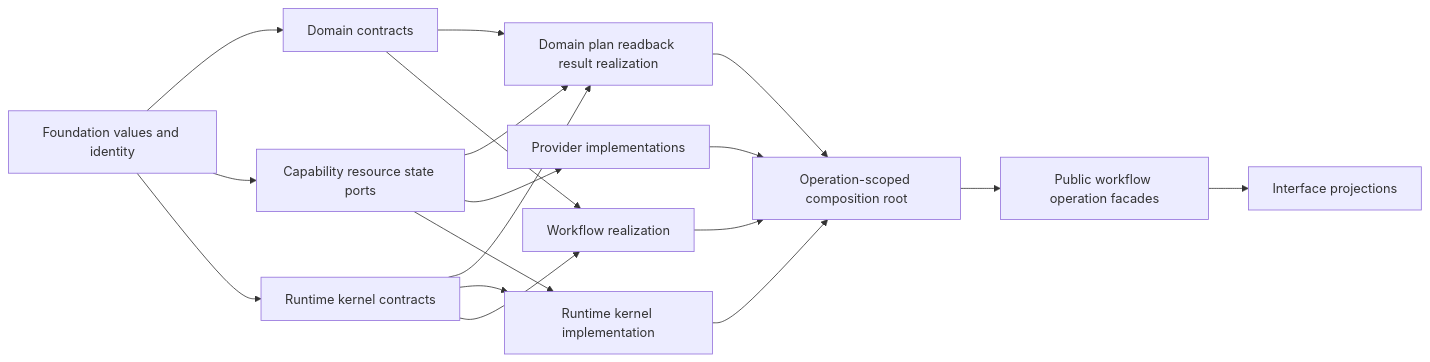
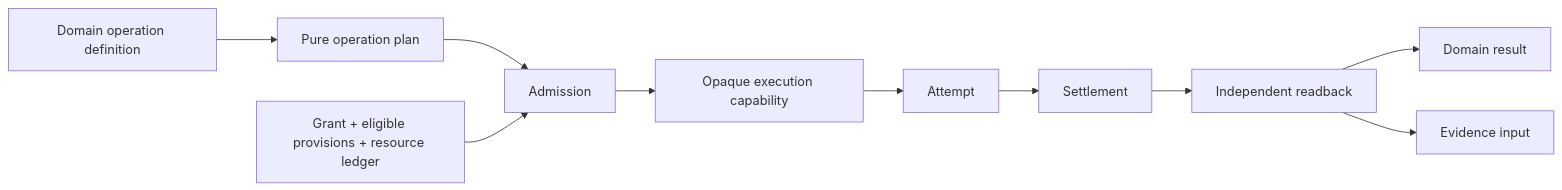
The first of 3 diagrams in docs/implementation-architecture/execution-and-materialization.md (sec-platform/sec), drawn with Mermaid before and after one commit. The commit also changed other lines of this file and 37 other files, not shown here.

````diff
--- a/docs/implementation-architecture/execution-and-materialization.md
+++ b/docs/implementation-architecture/execution-and-materialization.md
@@ -257,20 +13,12 @@
 ```mermaid
 flowchart LR
-  F[Foundation values and identity] --> DC[Domain contracts]
-  F --> CP[Capability resource state ports]
-  F --> KC[Runtime kernel contracts]
-  DC --> DR[Domain plan readback result realization]
-  CP --> DR
-  KC --> DR
-  CP --> PI[Provider implementations]
-  KC --> KI[Runtime kernel implementation]
-  CP --> KI
-  DC --> WF[Workflow realization]
-  KC --> WF
-  DR --> CR[Operation-scoped composition root]
-  PI --> CR
-  KI --> CR
-  WF --> CR
-  CR --> IF[Public workflow operation facades]
-  IF --> UI[Interface projections]
+  D[Domain operation definition] --> P[Pure operation plan]
+  P --> A[Admission]
+  G[Grant + eligible provisions + resource ledger] --> A
+  A --> C[Opaque execution capability]
+  C --> T[Attempt]
+  T --> S[Settlement]
+  S --> R[Independent readback]
+  R --> O[Domain result]
+  R --> E[Evidence input]
 ```
````
